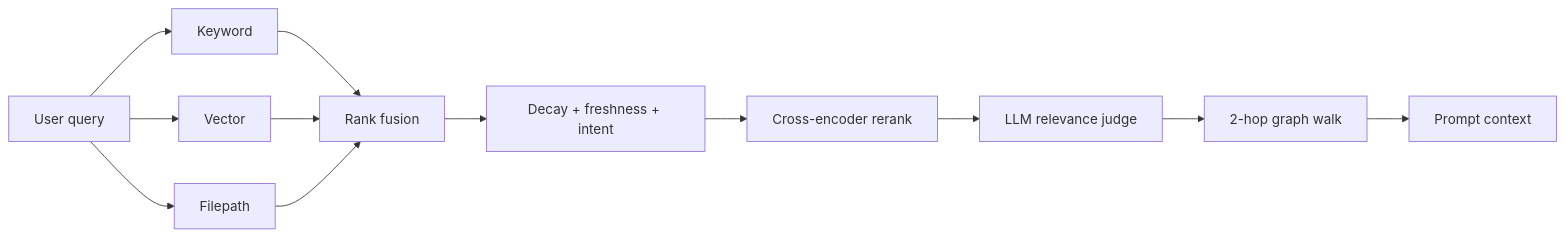
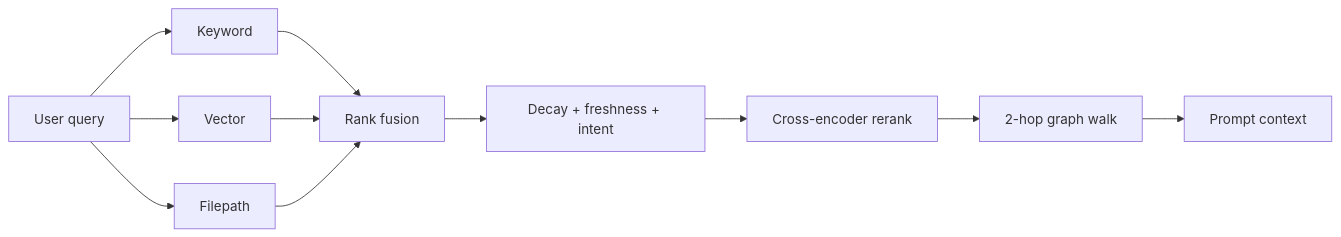
One commit to kinqsradiollc/BrainRouter changed the second of 2 diagrams in BRAINROUTER.md. Above: the diagram before and after it, drawn with Mermaid. The commit also changed other lines of this file and 170 other files, not shown here.

````diff
--- a/BRAINROUTER.md
+++ b/BRAINROUTER.md
@@ -33,14 +33,13 @@
 ```mermaid
 graph LR
     Q[User query] --> FTS[Keyword]
     Q --> Vec[Vector]
     Q --> Path[Filepath]
     FTS --> Fuse[Rank fusion]
     Vec --> Fuse
     Path --> Fuse
     Fuse --> Rank[Decay + freshness + intent]
     Rank --> Rerank[Cross-encoder rerank]
-    Rerank --> Judge[LLM relevance judge]
-    Judge --> Graph[2-hop graph walk]
+    Rerank --> Graph[2-hop graph walk]
     Graph --> Out[Prompt context]
 ```
````
